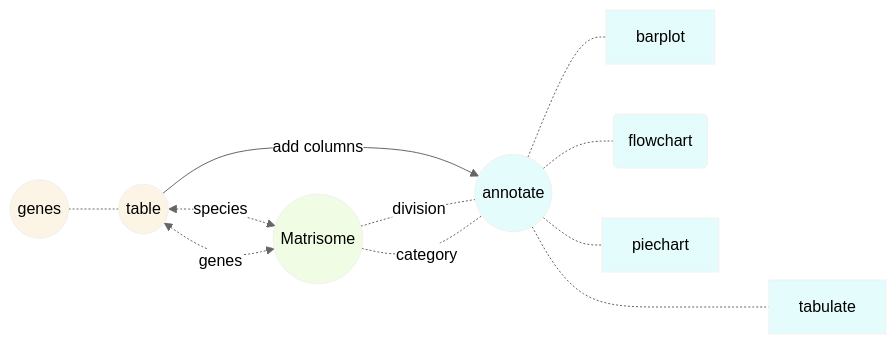
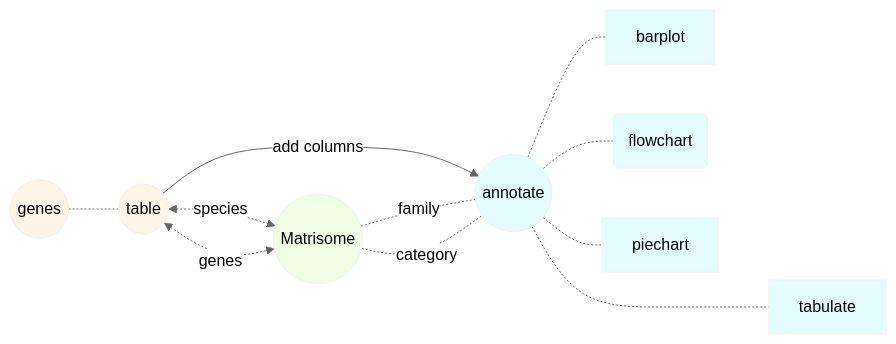
The second of 3 diagrams in README.md (Izzilab/MatrisomeAnalyzeR), drawn with Mermaid before and after one commit. The commit also changed other lines of this file, not shown here.

````diff
--- a/README.md
+++ b/README.md
@@ -90,21 +88,21 @@
 ```mermaid
 %%{init: {'theme': 'neutral' } }%%
 flowchart LR
 style gl fill: #FCF4E4, stroke:#F1F1F0
 style it fill: #FCF4E4, stroke:#F1F1F0
 style ms fill: #F1FCE4, stroke:#F1F1F0
 style an fill: #E4FCFB, stroke:#F1F1F0
 style tabulate fill: #E4FCFB, stroke:#F1F1F0
 style barplot fill: #E4FCFB, stroke:#F1F1F0
 style fl fill: #E4FCFB, stroke:#F1F1F0
 style piechart fill: #E4FCFB, stroke:#F1F1F0
 
 gl((genes)) -.- it((table)) -- add columns --> an((annotate))
 it <-. species .-> ms((Matrisome))
 it <-. genes .-> ms((Matrisome))
-ms -. division  .- an
+ms -. family  .- an
 ms -. category .- an
 
 an -.- barplot & fl(flowchart) & piechart
 an -..- tabulate
 ```
````
